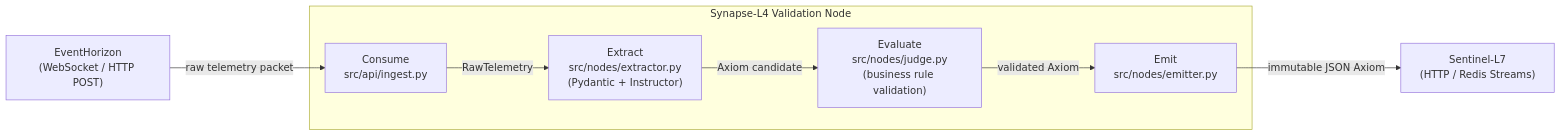
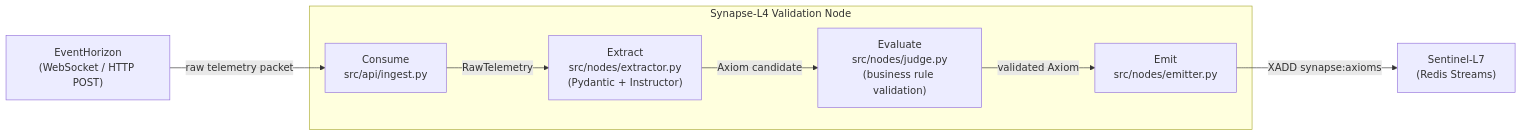
The diagram in README.md (obrienma/synapse-l4), drawn with Mermaid before and after one commit. The commit also changed other lines of this file and 3 other files, not shown here.

````diff
--- a/README.md
+++ b/README.md
@@ -32,20 +32,20 @@
 ```mermaid
 flowchart LR
     EH["EventHorizon\n(WebSocket / HTTP POST)"]
     -->|raw telemetry packet| C
 
     subgraph Synapse-L4 ["Synapse-L4 Validation Node"]
         C["Consume\nsrc/api/ingest.py"]
         -->|RawTelemetry| X
 
         X["Extract\nsrc/nodes/extractor.py\n(Pydantic + Instructor)"]
         -->|Axiom candidate| J
 
         J["Evaluate\nsrc/nodes/judge.py\n(business rule validation)"]
         -->|validated Axiom| E
 
         E["Emit\nsrc/nodes/emitter.py"]
     end
 
-    E -->|immutable JSON Axiom| SL7["Sentinel-L7\n(HTTP / Redis Streams)"]
+    E -->|XADD synapse:axioms| SL7["Sentinel-L7\n(Redis Streams)"]
 ```
````
